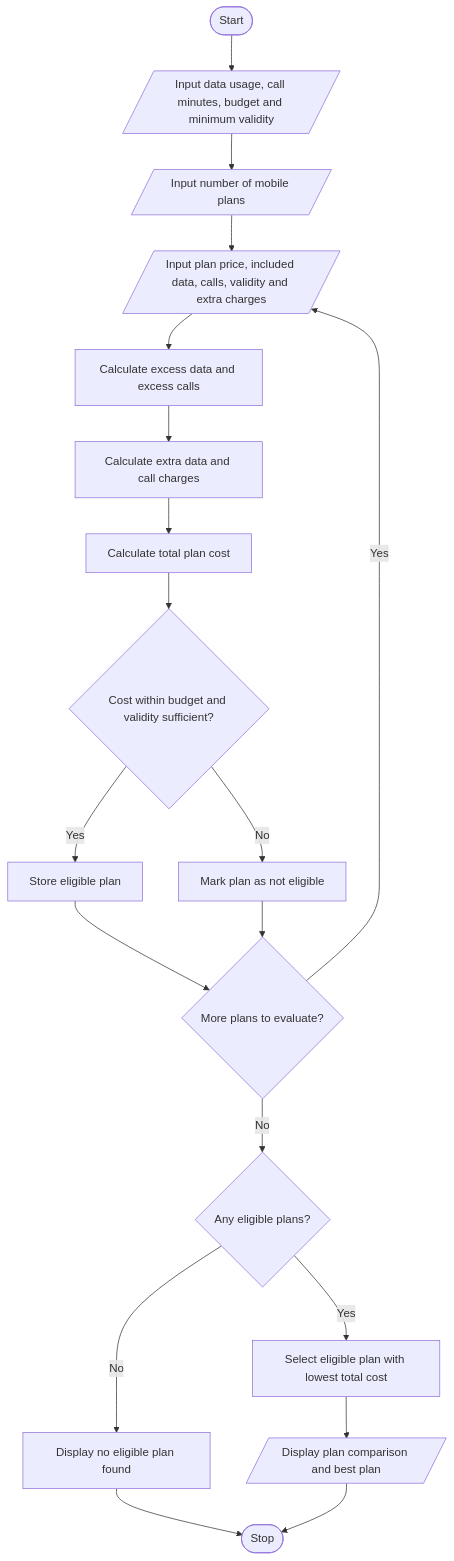
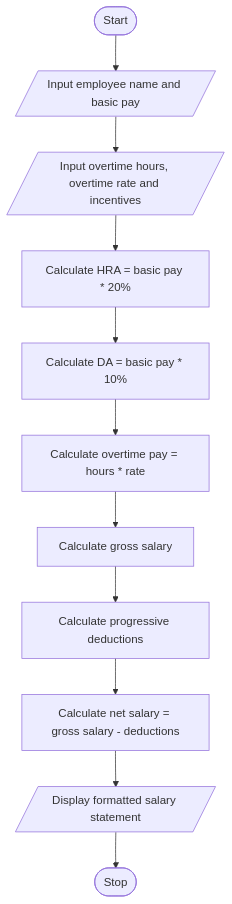
Before and after one commit to gowriprasannakuppala-hub/2026-27_cse4-253_pythonprogrammingcourse: the diagram in task4/code.md, drawn with Mermaid.

Commit message:
Update flowchart for salary calculation process

````diff
--- a/task4/code.md
+++ b/task4/code.md
@@ -27,27 +27,18 @@
 ```mermaid
 
 flowchart TD
-    A([Start]) --> B[/Input data usage, call minutes, budget and minimum validity/]
-    B --> C[/Input number of mobile plans/]
-    C --> D[/Input plan price, included data, calls, validity and extra charges/]
-    D --> E[Calculate excess data and excess calls]
-    E --> F[Calculate extra data and call charges]
-    F --> G[Calculate total plan cost]
-    G --> H{Cost within budget and validity sufficient?}
-    H -- Yes --> I[Store eligible plan]
-    H -- No --> J[Mark plan as not eligible]
-    I --> K{More plans to evaluate?}
-    J --> K
-    K -- Yes --> D
-    K -- No --> L{Any eligible plans?}
-    L -- Yes --> M[Select eligible plan with lowest total cost]
-    L -- No --> N[Display no eligible plan found]
-    M --> O[/Display plan comparison and best plan/]
-    N --> P([Stop])
-    O --> P
-
+    A([Start]) --> B[/Input employee name and basic pay/]
+    B --> C[/Input overtime hours, overtime rate and incentives/]
+    C --> D[Calculate HRA = basic pay * 20%]
+    D --> E[Calculate DA = basic pay * 10%]
+    E --> F[Calculate overtime pay = hours * rate]
+    F --> G[Calculate gross salary]
+    G --> H[Calculate progressive deductions]
+    H --> I[Calculate net salary = gross salary - deductions]
+    I --> J[/Display formatted salary statement/]
+    J --> K([Stop])
 
 
 
 
 ```
````
